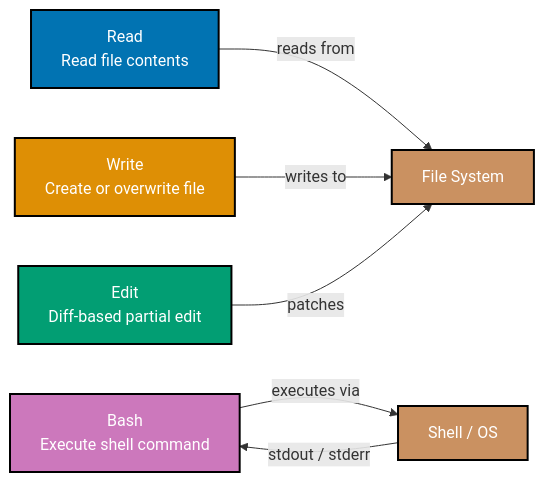
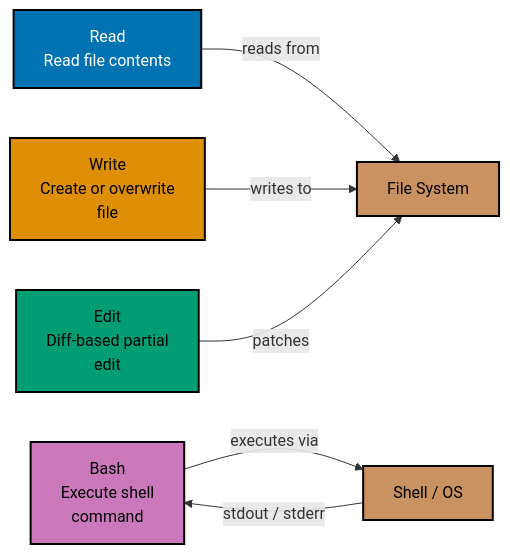
One commit to wahidyankf/ose-public changed the second of 5 diagrams in apps/ayokoding-www/content/en/learn/legacy/artificial-intelligence/tools/pi-coding-agent/by-concept/beginner.md. Above: the diagram before and after it, drawn with Mermaid. The commit also changed other lines of this file and 50 other files, not shown here.

First line of the commit message:
fix(mermaid): bring the docs, governance, plans, and legacy AI diagrams onto the accessible palette

````diff
--- a/apps/ayokoding-www/content/en/learn/legacy/artificial-intelligence/tools/pi-coding-agent/by-concept/beginner.md
+++ b/apps/ayokoding-www/content/en/learn/legacy/artificial-intelligence/tools/pi-coding-agent/by-concept/beginner.md
@@ -85,25 +88,28 @@
 ```mermaid
 %% Color Palette: Blue #0173B2, Orange #DE8F05, Teal #029E73, Purple #CC78BC, Brown #CA9161
 %% All colors are color-blind friendly and meet WCAG AA contrast standards
 
 graph LR
+    accTitle: Section 2: The Four Primitive Tools
+    accDescr: Graph with 6 nodes and 5 connections. Nodes: Read Read file contents, Write Create or overwrite file, Edit Diff-based partial edit, Bash Execute shell command, File System, Shell / OS. Connections: Read Read file contents to File System (reads from), Write Create or overwrite file to File System (writes to), Edit Diff-based partial edit to File System (patches), Bash Execute shell command to Shell / OS (executes via), Shell / OS to Bash Execute shell command (stdout / stderr).
     READ["Read<br/>Read file contents"]:::blue
-    WRITE["Write<br/>Create or overwrite file"]:::orange
-    EDIT["Edit<br/>Diff-based partial edit"]:::teal
-    BASH["Bash<br/>Execute shell command"]:::purple
+    WRITE["Write<br/>Create or overwrite<br/>file"]:::orange
+    EDIT["Edit<br/>Diff-based partial<br/>edit"]:::teal
+    BASH["Bash<br/>Execute shell<br/>command"]:::purple
 
     FS["File System"]:::brown
     SHELL["Shell / OS"]:::brown
 
     READ -->|"reads from"| FS
     WRITE -->|"writes to"| FS
     EDIT -->|"patches"| FS
     BASH -->|"executes via"| SHELL
     SHELL -->|"stdout / stderr"| BASH
 
     classDef blue fill:#0173B2,stroke:#000000,color:#FFFFFF,stroke-width:2px
-    classDef orange fill:#DE8F05,stroke:#000000,color:#FFFFFF,stroke-width:2px
-    classDef teal fill:#029E73,stroke:#000000,color:#FFFFFF,stroke-width:2px
-    classDef purple fill:#CC78BC,stroke:#000000,color:#FFFFFF,stroke-width:2px
-    classDef brown fill:#CA9161,stroke:#000000,color:#FFFFFF,stroke-width:2px
+    classDef orange fill:#DE8F05,stroke:#000000,color:#000000,stroke-width:2px
+    classDef teal fill:#029E73,stroke:#000000,color:#000000,stroke-width:2px
+    classDef purple fill:#CC78BC,stroke:#000000,color:#000000,stroke-width:2px
+    classDef brown fill:#CA9161,stroke:#000000,color:#000000,stroke-width:2px
+    classDef default fill:#FFFFFF,stroke:#000000,color:#000000
 ```
````
